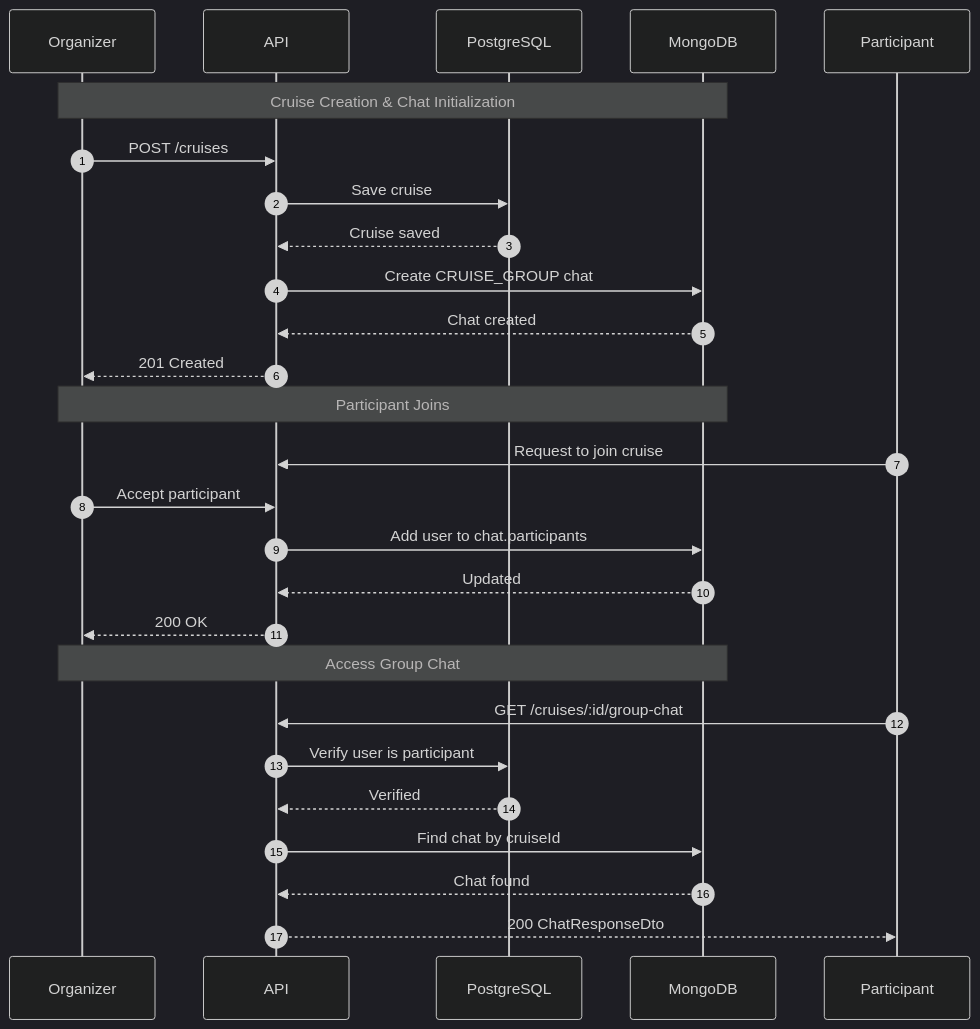
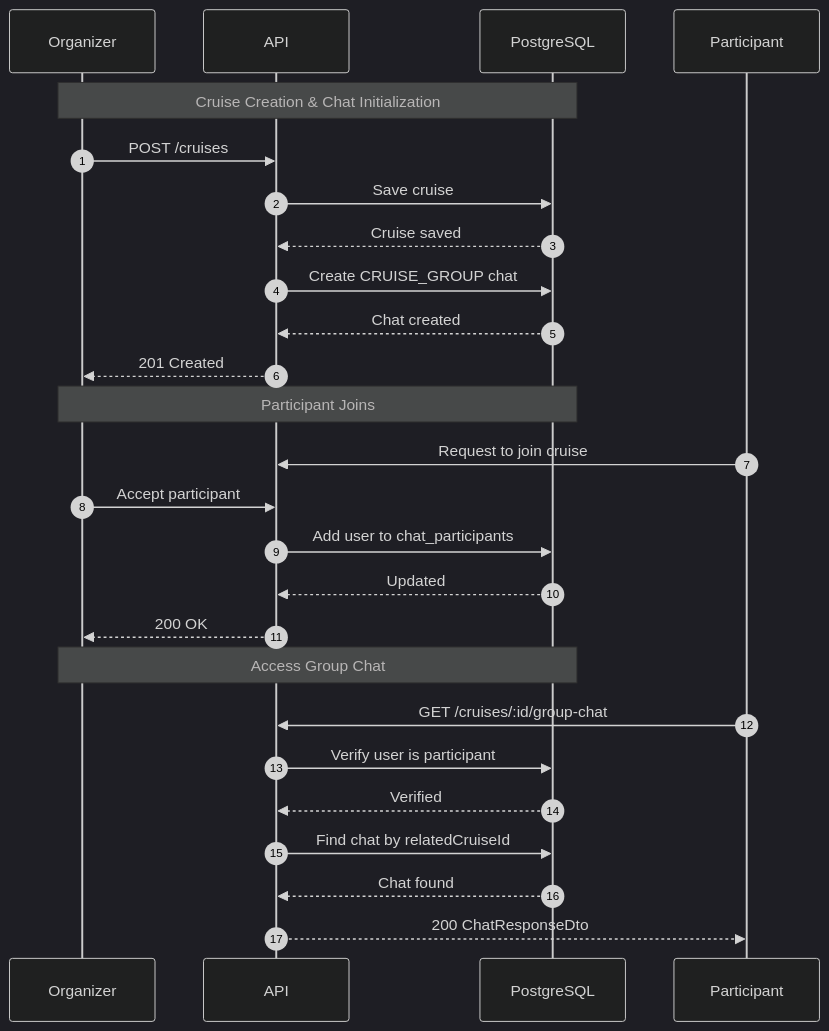
One commit to kardasz/skipper-club-android changed the third of 4 diagrams in docs/api/cruises/chats.md. Above: the diagram before and after it, drawn with Mermaid (dark theme). The commit also changed other lines of this file and 45 other files, not shown here.

````diff
--- a/docs/api/cruises/chats.md
+++ b/docs/api/cruises/chats.md
@@ -349,32 +349,31 @@
 ```mermaid
 sequenceDiagram
     autonumber
     participant Org as Organizer
     participant API as API
     participant PG as PostgreSQL
-    participant MG as MongoDB
 
-    Note over Org,MG: Cruise Creation & Chat Initialization
+    Note over Org,PG: Cruise Creation & Chat Initialization
     Org->>API: POST /cruises
     API->>PG: Save cruise
     PG-->>API: Cruise saved
-    API->>MG: Create CRUISE_GROUP chat
-    MG-->>API: Chat created
+    API->>PG: Create CRUISE_GROUP chat
+    PG-->>API: Chat created
     API-->>Org: 201 Created
 
-    Note over Org,MG: Participant Joins
+    Note over Org,PG: Participant Joins
     participant User as Participant
     User->>API: Request to join cruise
     Org->>API: Accept participant
-    API->>MG: Add user to chat.participants
-    MG-->>API: Updated
+    API->>PG: Add user to chat_participants
+    PG-->>API: Updated
     API-->>Org: 200 OK
 
-    Note over Org,MG: Access Group Chat
+    Note over Org,PG: Access Group Chat
     User->>API: GET /cruises/:id/group-chat
     API->>PG: Verify user is participant
     PG-->>API: Verified
-    API->>MG: Find chat by cruiseId
-    MG-->>API: Chat found
+    API->>PG: Find chat by relatedCruiseId
+    PG-->>API: Chat found
     API-->>User: 200 ChatResponseDto
 ```
````
